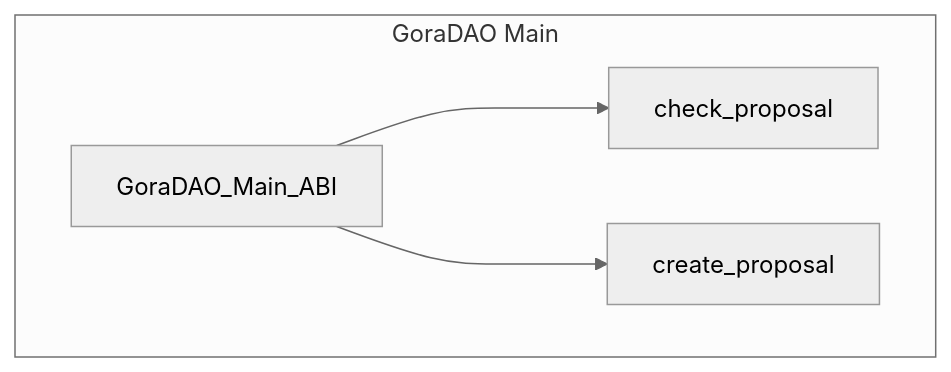
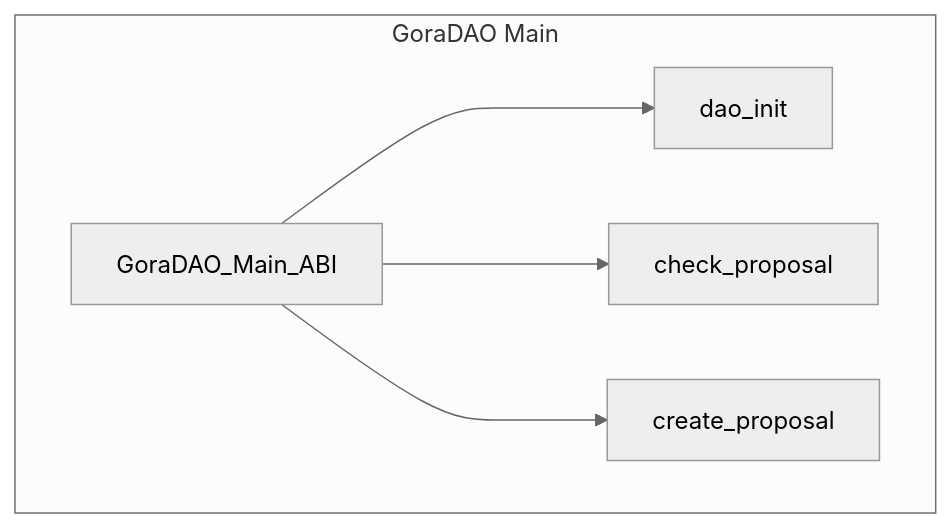
One commit to GoraNetwork/gora-dao-smartcontracts changed the sixth of 6 diagrams in README.md. Above: the diagram before and after it, drawn with Mermaid (neutral theme).

````diff
--- a/README.md
+++ b/README.md
@@ -200,15 +200,17 @@
 ```mermaid
 
 graph TB
  
       subgraph GoraDAO Main
             GoraDAO_Main[GoraDAO_Main_ABI]
+            GoraDAO_Init[dao_init]
             GoraDAO_Check_Proposal[check_proposal]
             GoraDAO_Create_Proposal[create_proposal]
         end
       
 
+      GoraDAO_Main[GoraDAO_Main_ABI] ---> GoraDAO_Init
       GoraDAO_Main[GoraDAO_Main_ABI] ---> GoraDAO_Check_Proposal
       GoraDAO_Main[GoraDAO_Main_ABI] ---> GoraDAO_Create_Proposal
 
 ```
````
